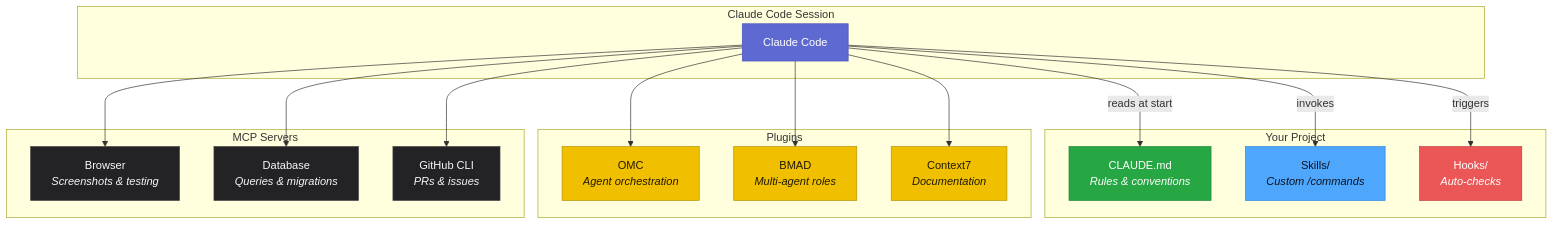
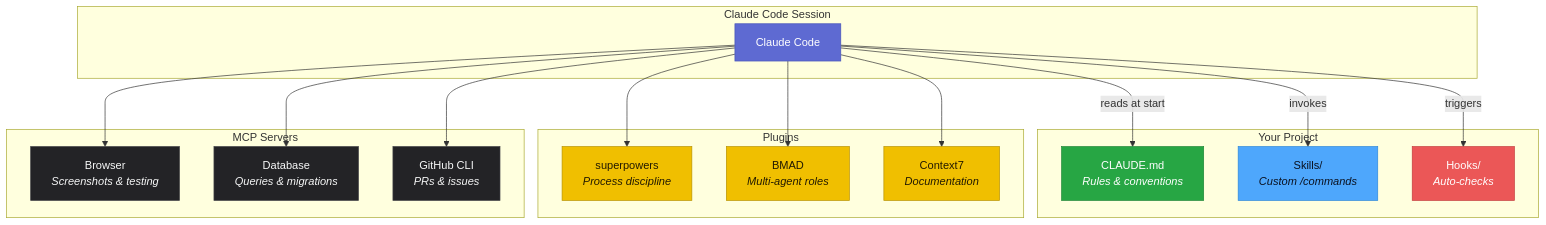
The second of 9 diagrams in README.md (ao92265/claude-code-playbook), drawn with Mermaid before and after one commit. The commit also changed other lines of this file and 19 other files, not shown here.

First line of the commit message:
docs: remove the OMC layer, document superpowers (#23)

````diff
--- a/README.md
+++ b/README.md
@@ -97,47 +97,47 @@
 ```mermaid
 graph TB
     subgraph "Your Project"
         CM["CLAUDE.md<br/><em>Rules & conventions</em>"]
         SK["Skills/<br/><em>Custom /commands</em>"]
         HK["Hooks/<br/><em>Auto-checks</em>"]
     end
 
     subgraph "Claude Code Session"
         CC["Claude Code"]
         CC -->|"reads at start"| CM
         CC -->|"invokes"| SK
         CC -->|"triggers"| HK
     end
 
     subgraph "Plugins"
-        OMC["OMC<br/><em>Agent orchestration</em>"]
+        SP["superpowers<br/><em>Process discipline</em>"]
         BMAD["BMAD<br/><em>Multi-agent roles</em>"]
         C7["Context7<br/><em>Documentation</em>"]
     end
 
     subgraph "MCP Servers"
         BR["Browser<br/><em>Screenshots & testing</em>"]
         DB["Database<br/><em>Queries & migrations</em>"]
         GH["GitHub CLI<br/><em>PRs & issues</em>"]
     end
 
-    CC --> OMC
+    CC --> SP
     CC --> BMAD
     CC --> C7
     CC --> BR
     CC --> DB
     CC --> GH
 
     classDef primary fill:#5E6AD2,stroke:#4653B8,color:#FFFFFF
     classDef info fill:#4EA7FC,stroke:#2E86D9,color:#0B1220
     classDef success fill:#27A644,stroke:#1F8737,color:#FFFFFF
     classDef danger fill:#EB5757,stroke:#C43D3D,color:#FFFFFF
     classDef warn fill:#F0BF00,stroke:#B89200,color:#221A00
     classDef dark fill:#232326,stroke:#3E3E44,color:#F7F8F8
     class CC primary
     class CM success
     class SK info
     class HK danger
-    class OMC,BMAD,C7 warn
+    class SP,BMAD,C7 warn
     class BR,DB,GH dark
 ```
````
